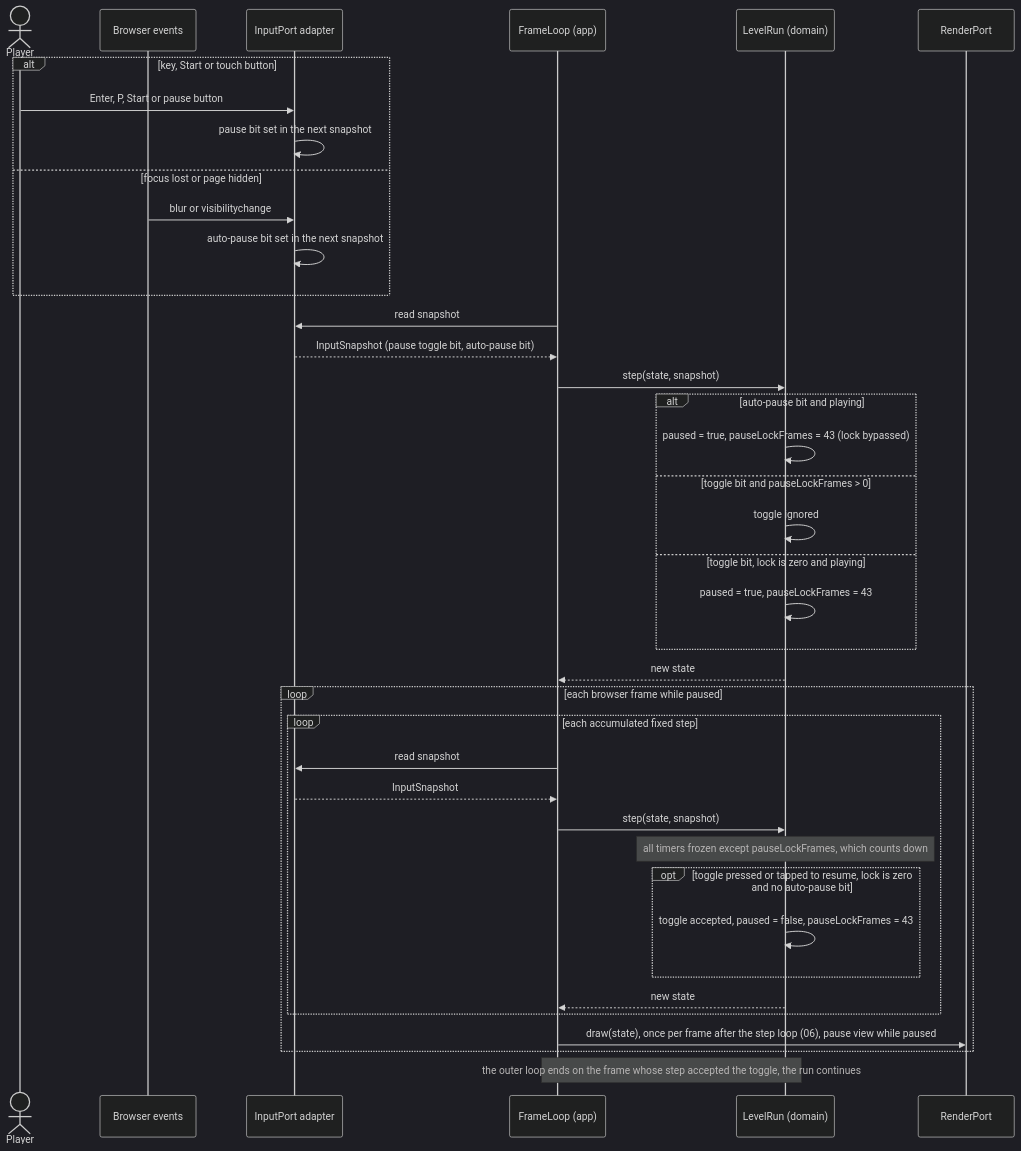
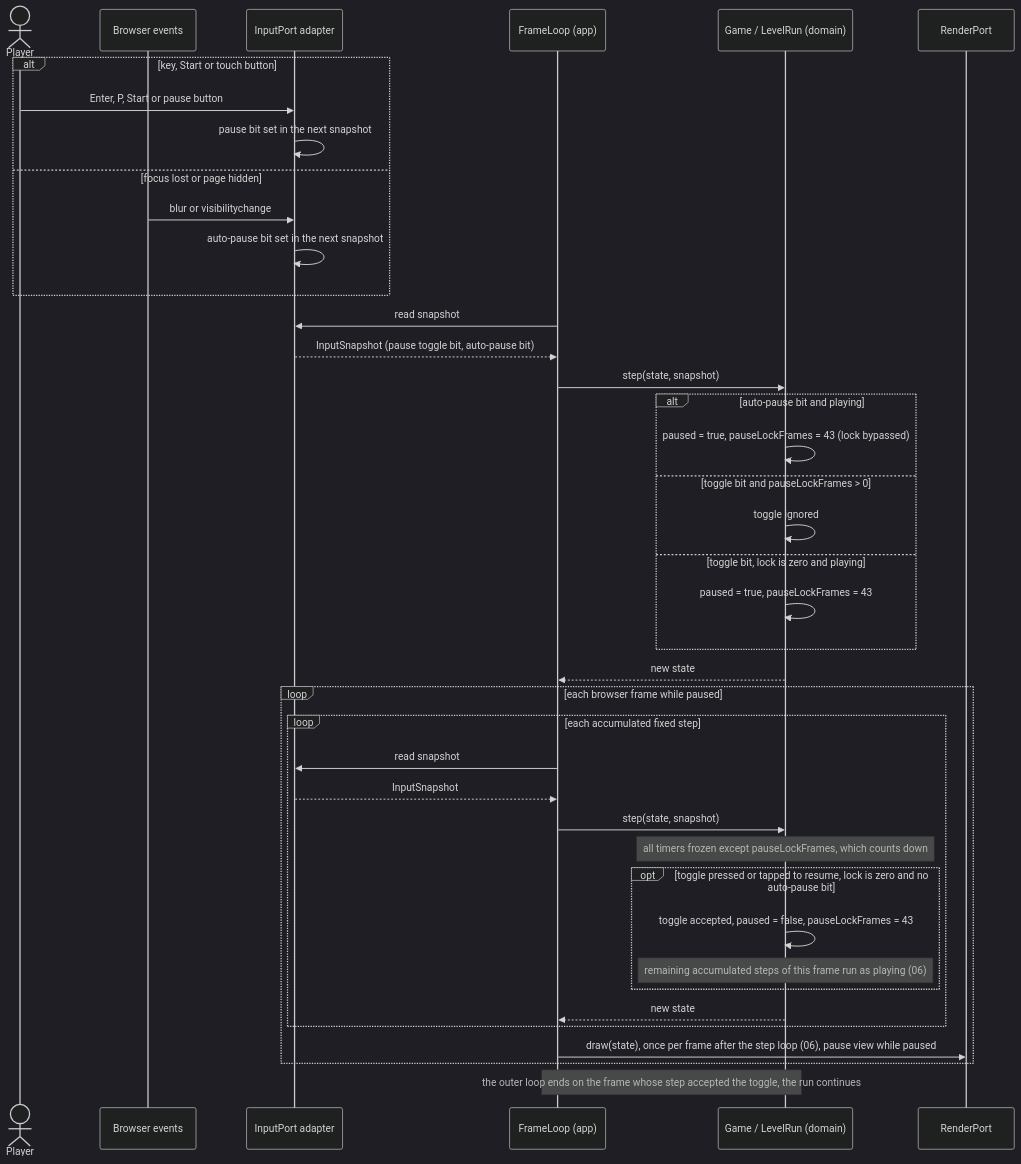
One commit to benoit-bremaud/retro-plumber changed the diagram in docs/architecture/diagrams/gameplay/14-sequence-pause-resume.md. Above: the diagram before and after it, drawn with Mermaid (dark theme). The commit also changed other lines of this file and 2 other files, not shown here.

Commit message:
docs(uml): align Game / LevelRun participant and resume steps in 10, 11, 14 (#7)

````diff
--- a/docs/architecture/diagrams/gameplay/14-sequence-pause-resume.md
+++ b/docs/architecture/diagrams/gameplay/14-sequence-pause-resume.md
@@ -14,41 +14,42 @@
 ```mermaid
 sequenceDiagram
     actor P as Player
     participant Br as Browser events
     participant In as InputPort adapter
     participant FL as FrameLoop (app)
-    participant LR as LevelRun (domain)
+    participant LR as Game / LevelRun (domain)
     participant Out as RenderPort
     alt key, Start or touch button
         P->>In: Enter, P, Start or pause button
         In->>In: pause bit set in the next snapshot
     else focus lost or page hidden
         Br->>In: blur or visibilitychange
         In->>In: auto-pause bit set in the next snapshot
     end
     FL->>In: read snapshot
     In-->>FL: InputSnapshot (pause toggle bit, auto-pause bit)
     FL->>LR: step(state, snapshot)
     alt auto-pause bit and playing
         LR->>LR: paused = true, pauseLockFrames = 43 (lock bypassed)
     else toggle bit and pauseLockFrames > 0
         LR->>LR: toggle ignored
     else toggle bit, lock is zero and playing
         LR->>LR: paused = true, pauseLockFrames = 43
     end
     LR-->>FL: new state
     loop each browser frame while paused
         loop each accumulated fixed step
             FL->>In: read snapshot
             In-->>FL: InputSnapshot
             FL->>LR: step(state, snapshot)
             Note over LR: all timers frozen except pauseLockFrames, which counts down
             opt toggle pressed or tapped to resume, lock is zero and no auto-pause bit
                 LR->>LR: toggle accepted, paused = false, pauseLockFrames = 43
+                Note over LR: remaining accumulated steps of this frame run as playing (06)
             end
             LR-->>FL: new state
         end
         FL->>Out: draw(state), once per frame after the step loop (06), pause view while paused
     end
     Note over FL,LR: the outer loop ends on the frame whose step accepted the toggle, the run continues
 ```
````
